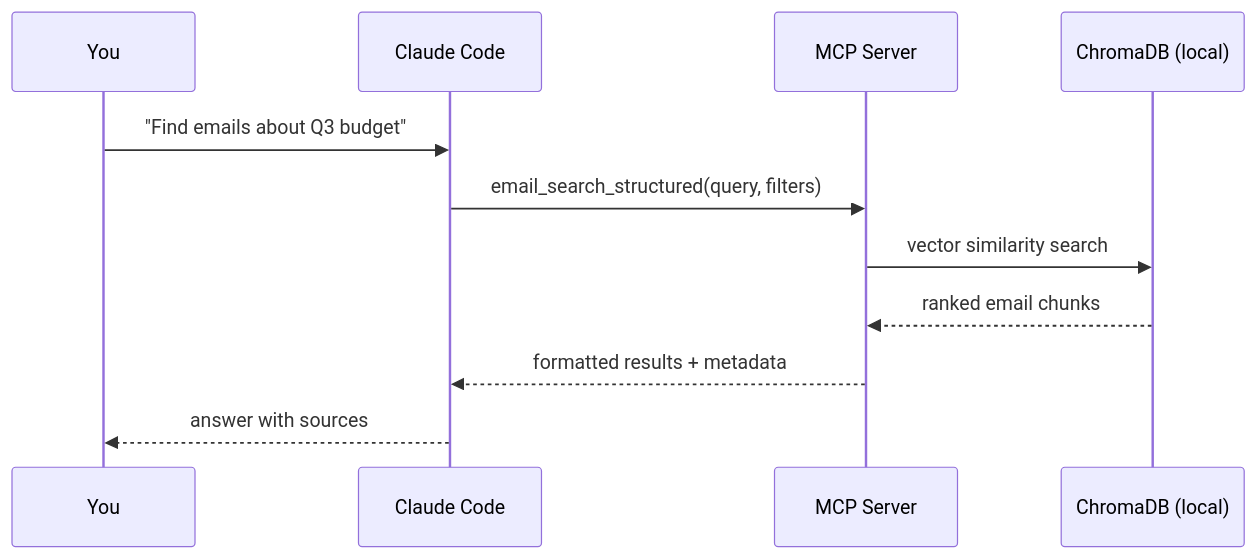
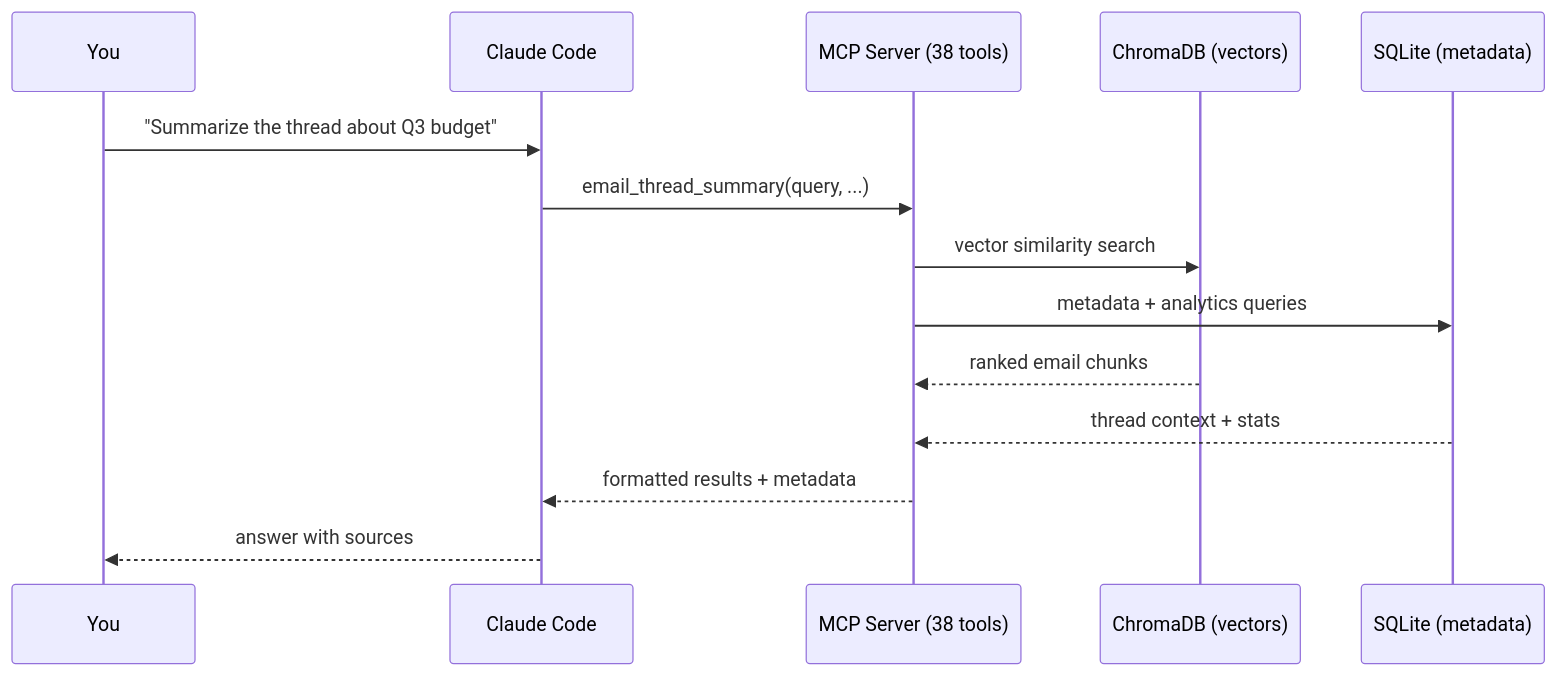
Before and after one commit to sebastianspicker/outlook-email-rag: the second of 4 diagrams in README.md, drawn with Mermaid. The commit also changed other lines of this file and 57 other files, not shown here.

````diff
--- a/README.md
+++ b/README.md
@@ -39,14 +48,17 @@
 ```mermaid
 sequenceDiagram
     participant You
     participant Claude as Claude Code
-    participant MCP as MCP Server
-    participant DB as ChromaDB (local)
+    participant MCP as MCP Server (38 tools)
+    participant VDB as ChromaDB (vectors)
+    participant SQL as SQLite (metadata)
 
-    You->>Claude: "Find emails about Q3 budget"
-    Claude->>MCP: email_search_structured(query, filters)
-    MCP->>DB: vector similarity search
-    DB-->>MCP: ranked email chunks
+    You->>Claude: "Summarize the thread about Q3 budget"
+    Claude->>MCP: email_thread_summary(query, ...)
+    MCP->>VDB: vector similarity search
+    MCP->>SQL: metadata + analytics queries
+    VDB-->>MCP: ranked email chunks
+    SQL-->>MCP: thread context + stats
     MCP-->>Claude: formatted results + metadata
     Claude-->>You: answer with sources
 ```
````
